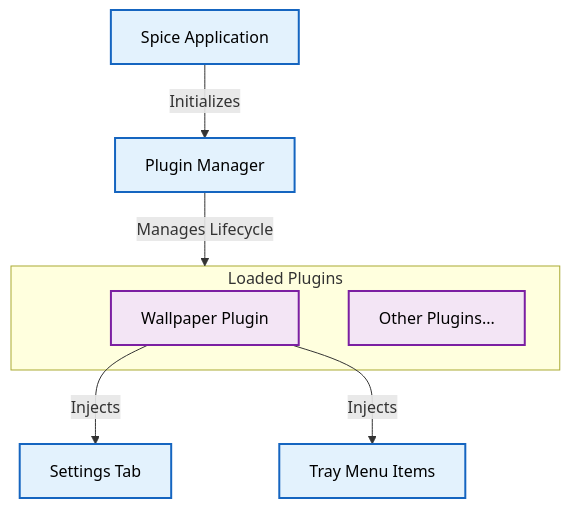
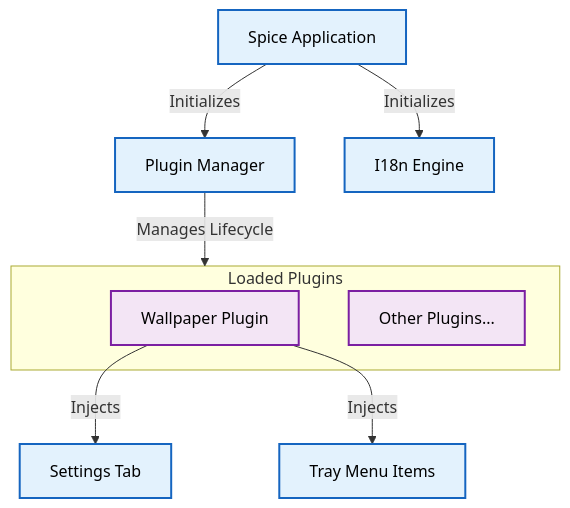
The first of 8 diagrams in docs/architecture.md (dixieflatline76/Spice), drawn with Mermaid before and after one commit. The commit also changed other lines of this file and 151 other files, not shown here.

````diff
--- a/docs/architecture.md
+++ b/docs/architecture.md
@@ -25,19 +26,21 @@
 ```mermaid
 graph TD
     classDef core fill:#e3f2fd,stroke:#1565c0,stroke-width:2px,color:#000,font-size:16px;
     classDef plug fill:#f3e5f5,stroke:#7b1fa2,stroke-width:2px,color:#000,font-size:16px;
 
     App[Spice Application]:::core
     PM[Plugin Manager]:::core
+    I18n[I18n Engine]:::core
     
     subgraph Plugins ["Loaded Plugins"]
         WP[Wallpaper Plugin]:::plug
         Other[Other Plugins...]:::plug
     end
 
     App -->|Initializes| PM
+    App -->|Initializes| I18n
     PM -->|Manages Lifecycle| Plugins
     
     WP -->|Injects| SettingsUI[Settings Tab]:::core
     WP -->|Injects| TrayUI[Tray Menu Items]:::core
 ```
````
